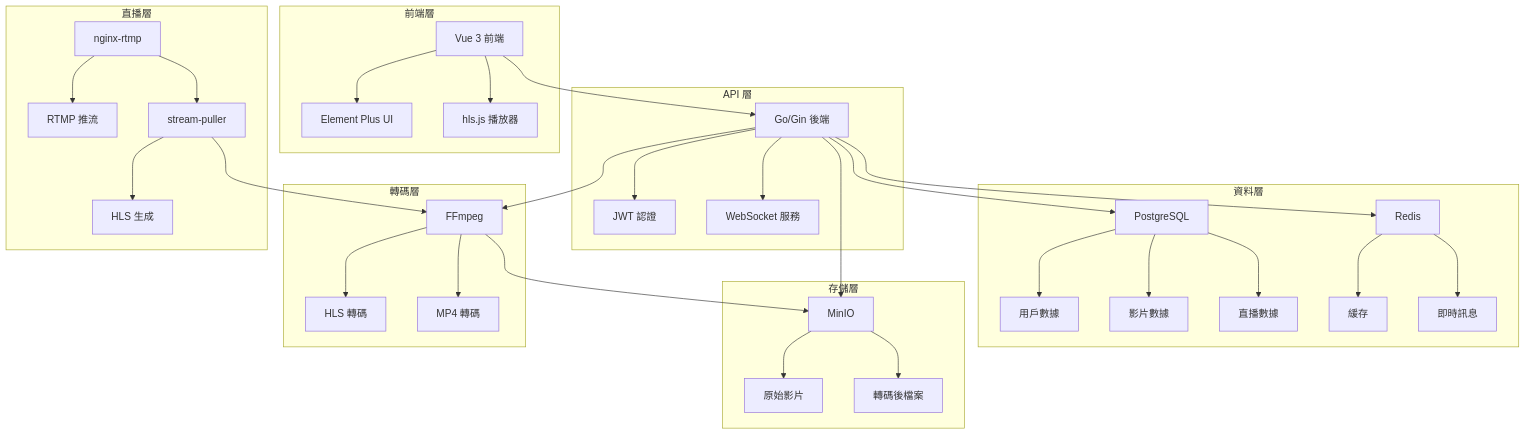
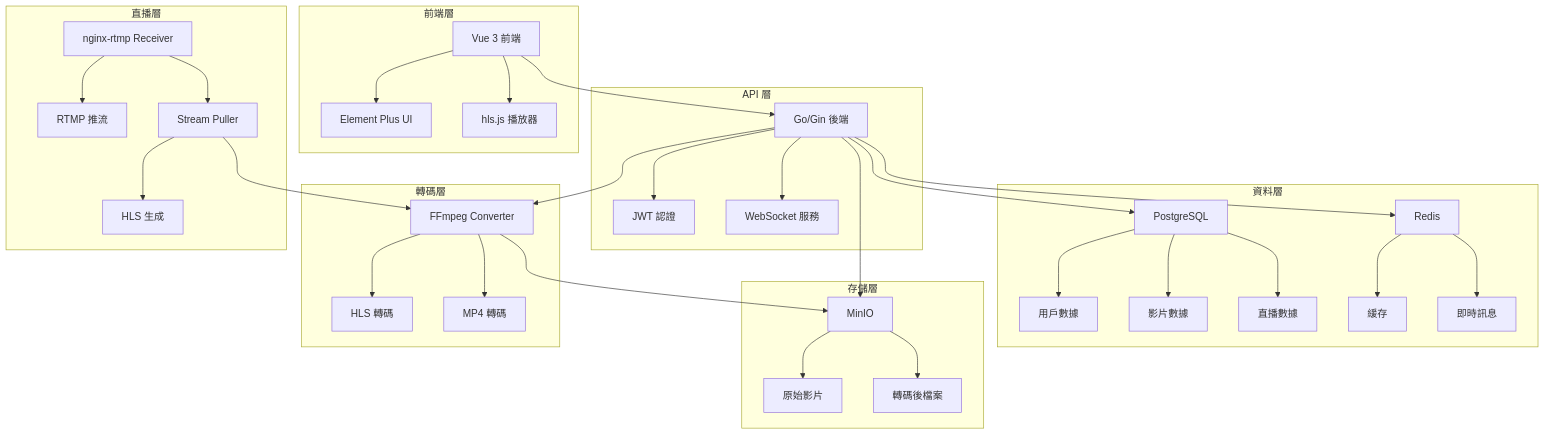
One commit to mike504110403/stream-demo changed the first of 3 diagrams in README.md. Above: the diagram before and after it, drawn with Mermaid. The commit also changed other lines of this file and 266 other files, not shown here.

````diff
--- a/README.md
+++ b/README.md
@@ -43,44 +44,44 @@
 ```mermaid
 graph TB
     subgraph "前端層"
         A[Vue 3 前端] --> B[Element Plus UI]
         A --> C[hls.js 播放器]
     end
     
     subgraph "API 層"
         D[Go/Gin 後端] --> E[JWT 認證]
         D --> F[WebSocket 服務]
     end
     
     subgraph "資料層"
         G[PostgreSQL] --> H[用戶數據]
         G --> I[影片數據]
         G --> J[直播數據]
         K[Redis] --> L[緩存]
         K --> M[即時訊息]
     end
     
     subgraph "存儲層"
         N[MinIO] --> O[原始影片]
         N --> P[轉碼後檔案]
     end
     
     subgraph "轉碼層"
-        Q[FFmpeg] --> R[HLS 轉碼]
+        Q[FFmpeg Converter] --> R[HLS 轉碼]
         Q --> S[MP4 轉碼]
     end
     
     subgraph "直播層"
-        T[nginx-rtmp] --> U[RTMP 推流]
-        V[stream-puller] --> W[HLS 生成]
+        T[nginx-rtmp Receiver] --> U[RTMP 推流]
+        V[Stream Puller] --> W[HLS 生成]
     end
     
     A --> D
     D --> G
     D --> K
     D --> N
     D --> Q
     T --> V
     V --> Q
     Q --> N
 ```
````
